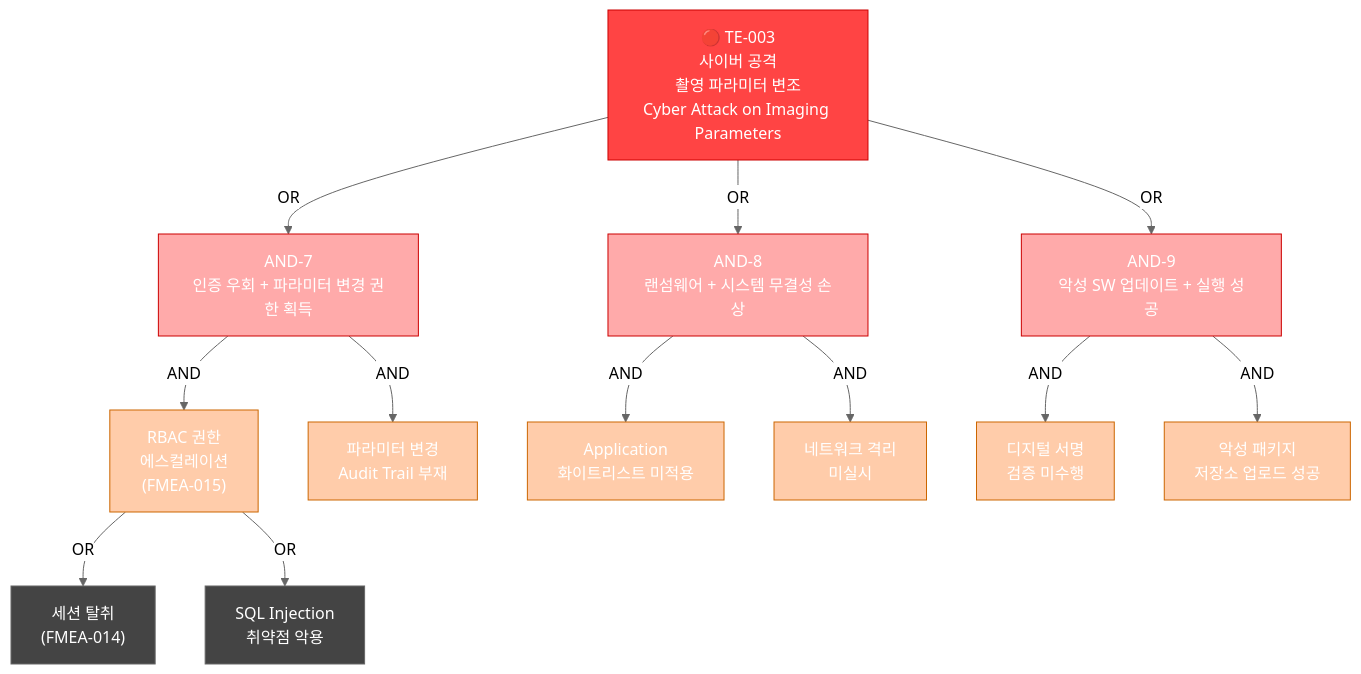
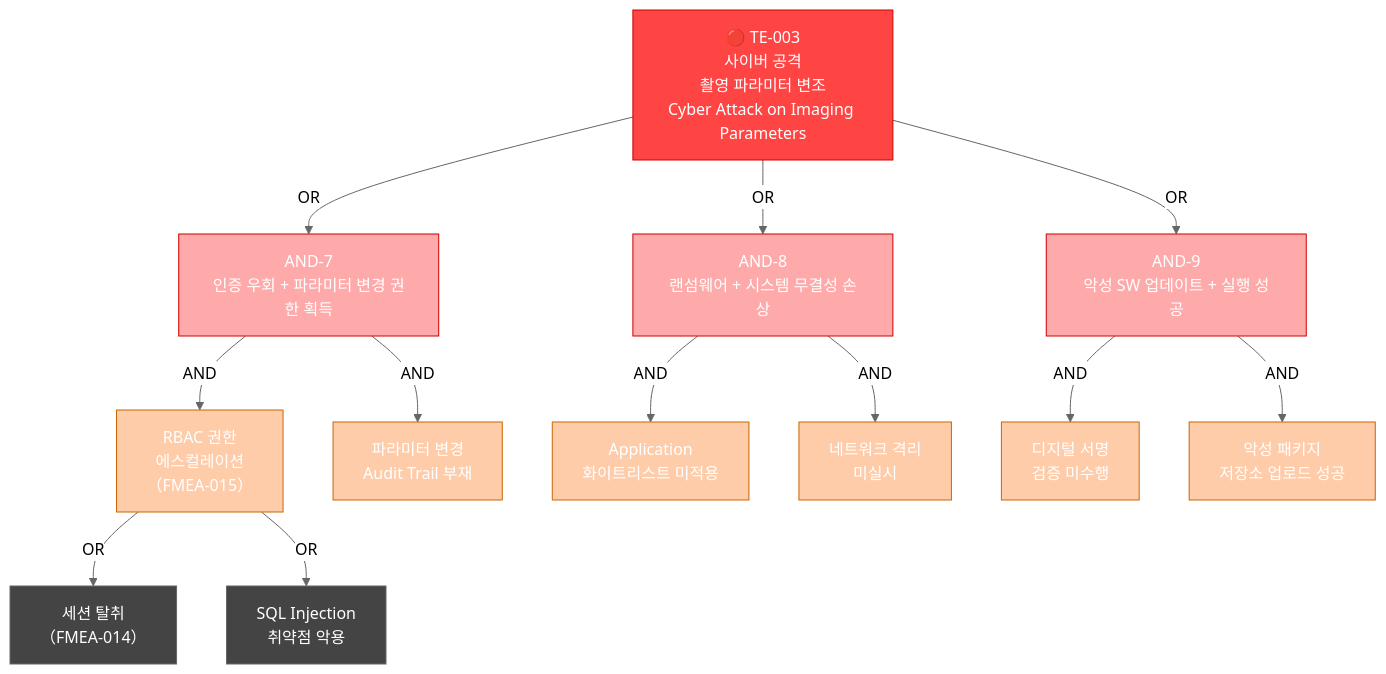
One commit to holee9/console-gui changed diagram 11 of 11 in docs/risk/DOC-008_Risk_Management_Plan_v1.0.md. Above: the diagram before and after it, drawn with Mermaid (neutral theme). The commit also changed other lines of this file and 22 other files, not shown here.

First line of the commit message:
fix: Mermaid flowchart 노드 내 괄호 파싱 오류 전면 수정

````diff
--- a/docs/risk/DOC-008_Risk_Management_Plan_v1.0.md
+++ b/docs/risk/DOC-008_Risk_Management_Plan_v1.0.md
@@ -847,36 +847,36 @@
 ```mermaid
 graph TD
     TE3["🔴 TE-003\n사이버 공격\n촬영 파라미터 변조\nCyber Attack on Imaging Parameters"]
 
     TE3 -->|OR| L1
     TE3 -->|OR| L2
     TE3 -->|OR| L3
 
     L1["AND-7\n인증 우회 + 파라미터 변경 권한 획득"]
     L2["AND-8\n랜섬웨어 + 시스템 무결성 손상"]
     L3["AND-9\n악성 SW 업데이트 + 실행 성공"]
 
-    L1 -->|AND| M1["RBAC 권한\n에스컬레이션\n(FMEA-015)"]
+    L1 -->|AND| M1["RBAC 권한\n에스컬레이션\n（FMEA-015）"]
     L1 -->|AND| M2["파라미터 변경\nAudit Trail 부재"]
 
     L2 -->|AND| N1["Application\n화이트리스트 미적용"]
     L2 -->|AND| N2["네트워크 격리\n미실시"]
 
     L3 -->|AND| O1["디지털 서명\n검증 미수행"]
     L3 -->|AND| O2["악성 패키지\n저장소 업로드 성공"]
 
-    M1 -->|OR| P1["세션 탈취\n(FMEA-014)"]
+    M1 -->|OR| P1["세션 탈취\n（FMEA-014）"]
     M1 -->|OR| P2["SQL Injection\n취약점 악용"]
 
     classDef default fill:#444,stroke:#666,color:#fff
     style TE3 fill:#ff4444,color:#ffffff,stroke:#cc0000
     style L1 fill:#ffaaaa,stroke:#cc0000
     style L2 fill:#ffaaaa,stroke:#cc0000
     style L3 fill:#ffaaaa,stroke:#cc0000
     style M1 fill:#ffccaa,stroke:#cc6600
     style M2 fill:#ffccaa,stroke:#cc6600
     style N1 fill:#ffccaa,stroke:#cc6600
     style N2 fill:#ffccaa,stroke:#cc6600
     style O1 fill:#ffccaa,stroke:#cc6600
     style O2 fill:#ffccaa,stroke:#cc6600
 ```
````
